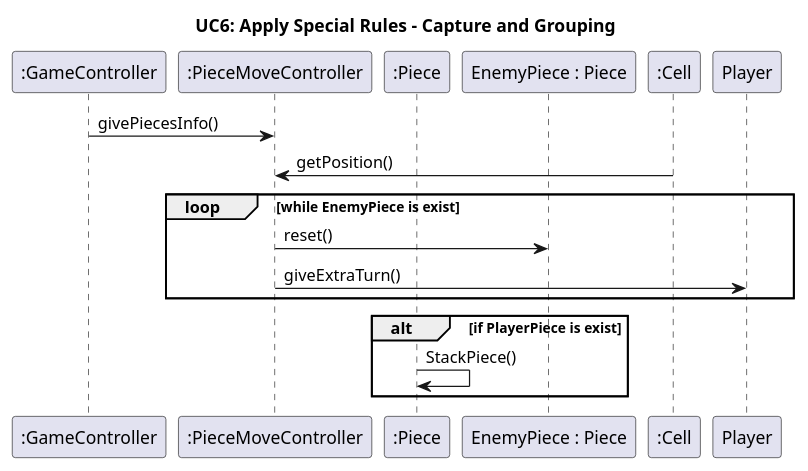
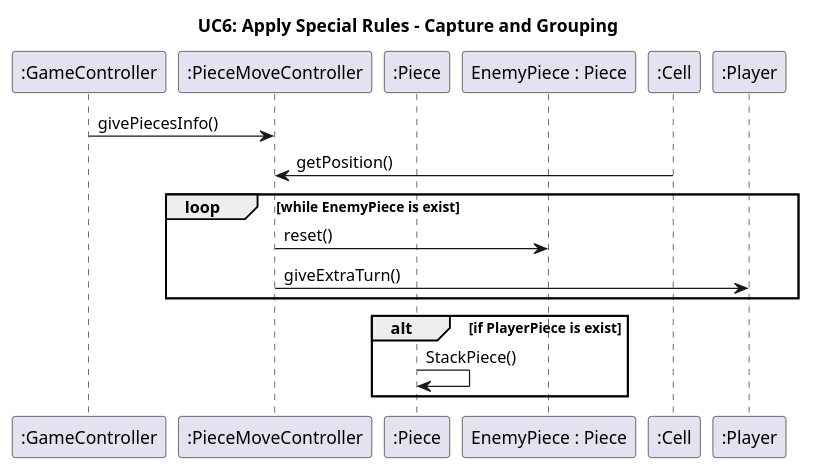
The diagram in UC6.puml (jack0928/SE-Term-Project-2025), drawn with PlantUML before and after one commit. The commit also changed 1 other file, not shown here.

```diff
--- a/UC6.puml
+++ b/UC6.puml
@@ -1,25 +1,26 @@
 @startuml
 title UC6: Apply Special Rules - Capture and Grouping
 
 participant ":GameController" as GameController
 participant ":PieceMoveController" as PieceMoveController
 participant ":Piece" as Piece
 participant "EnemyPiece : Piece" as EnemyPiece
 participant ":Cell" as Cell
+participant ":Player" as Player
 
 
 	GameController -> PieceMoveController: givePiecesInfo()
 	PieceMoveController <- Cell : getPosition()
 
 	loop while EnemyPiece is exist
 		PieceMoveController -> EnemyPiece : reset()
 		PieceMoveController -> Player : giveExtraTurn()
 	end
 
 	alt if PlayerPiece is exist
     	Piece -> Piece : StackPiece()
     end
 
 
 
 @enduml
```
